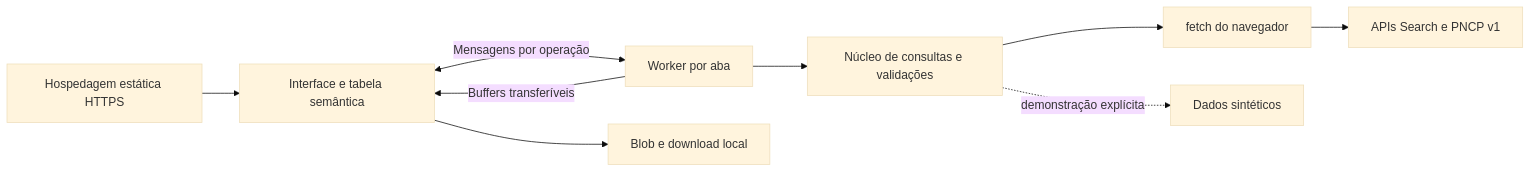
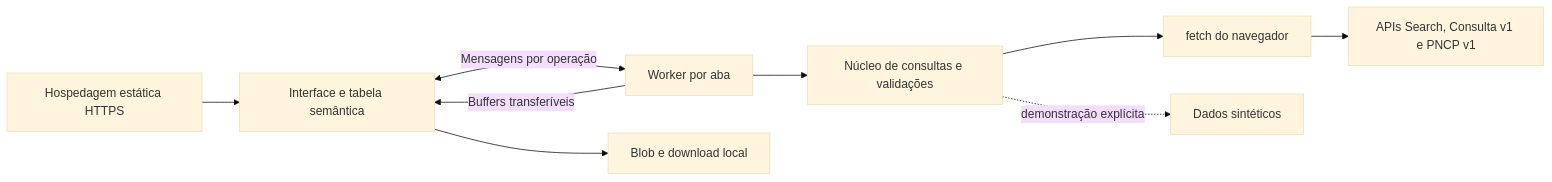
Before and after one commit to victorgmbraga/contratos-web: the diagram in docs/arquitetura.md, drawn with Mermaid (base theme). The commit also changed other lines of this file and 4 other files, not shown here.

````diff
--- a/docs/arquitetura.md
+++ b/docs/arquitetura.md
@@ -5,11 +5,11 @@
 ```mermaid
 flowchart LR
     Static[Hospedagem estática HTTPS] --> UI[Interface e tabela semântica]
     UI <-->|Mensagens por operação| Worker[Worker por aba]
     Worker --> Core[Núcleo de consultas e validações]
     Core --> Native[fetch do navegador]
-    Native --> PNCP[APIs Search e PNCP v1]
+    Native --> PNCP[APIs Search, Consulta v1 e PNCP v1]
     Core -. demonstração explícita .-> Demo[Dados sintéticos]
     Worker -->|Buffers transferíveis| UI
     UI --> CSV[Blob e download local]
 ```
````
